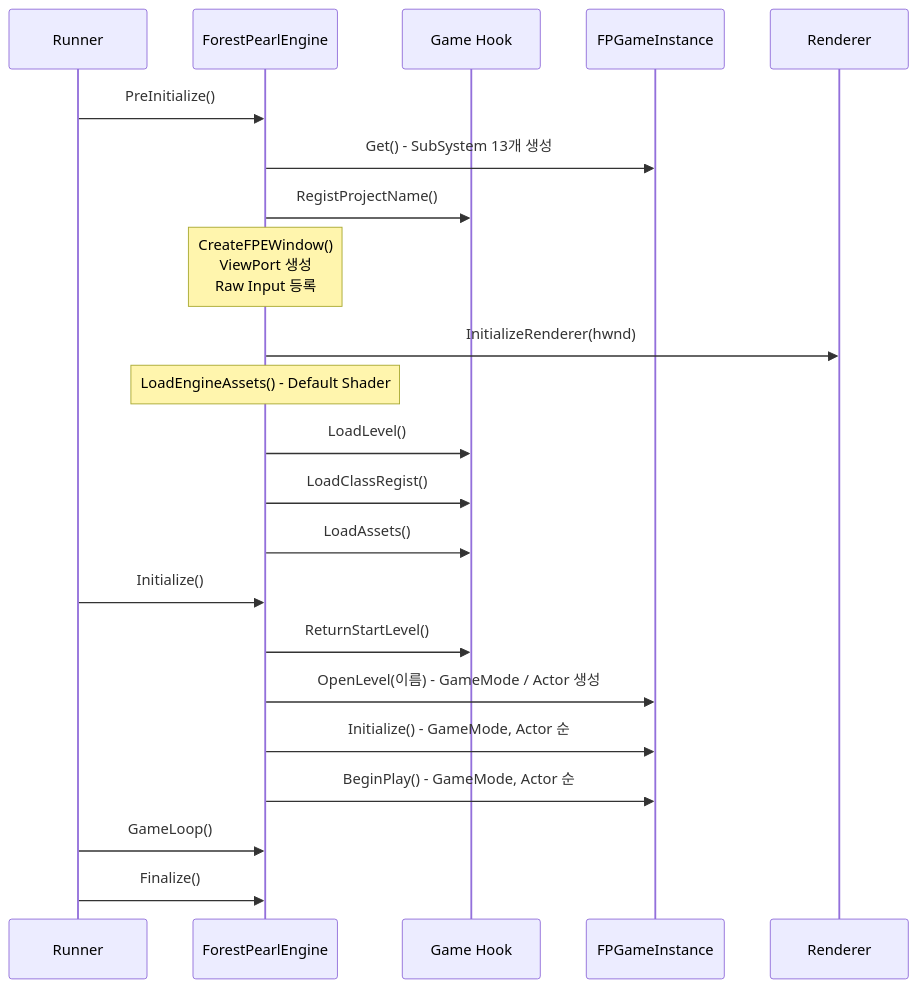
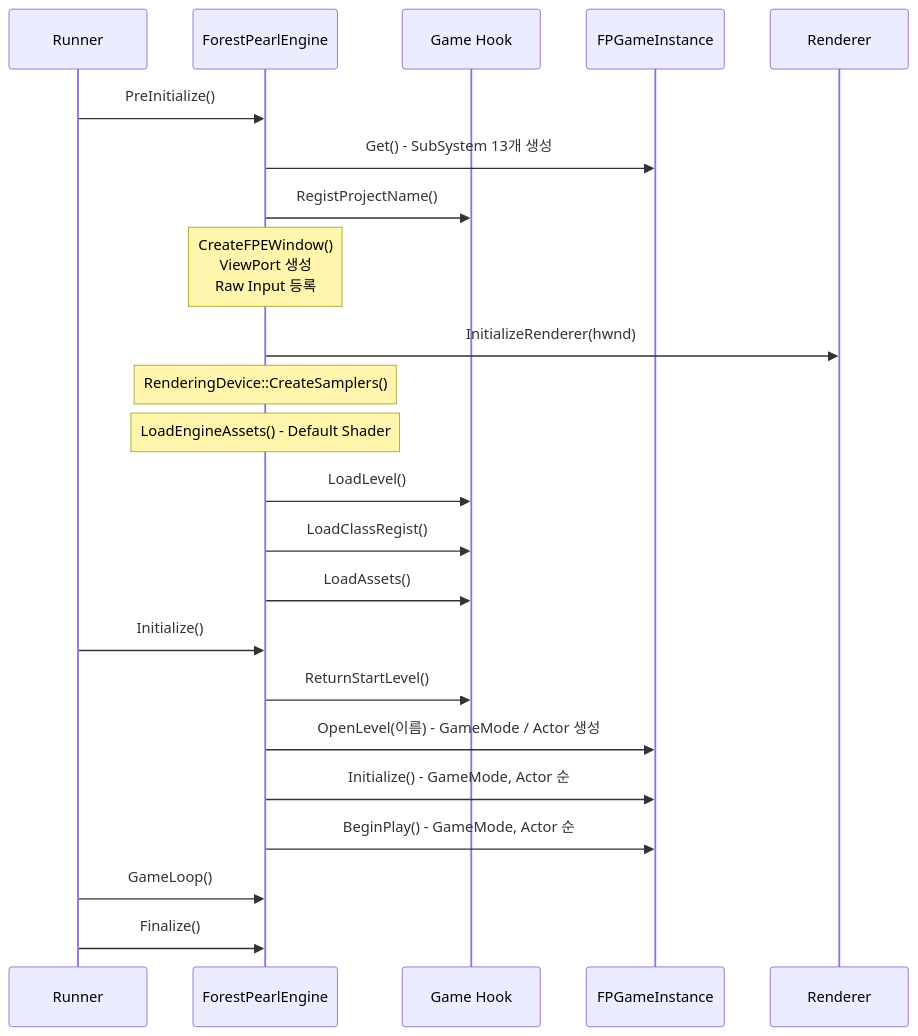
The third of 13 diagrams in README.md (Gat-Young/ForestPearlEngine), drawn with Mermaid before and after one commit. The commit also changed other lines of this file and 1 other file, not shown here.

````diff
--- a/README.md
+++ b/README.md
@@ -369,27 +381,28 @@
 ```mermaid
 sequenceDiagram
     participant Run as Runner
     participant Eng as ForestPearlEngine
     participant Game as Game Hook
     participant GI as FPGameInstance
     participant Ren as Renderer
 
     Run->>Eng: PreInitialize()
     Eng->>GI: Get() - SubSystem 13개 생성
     Eng->>Game: RegistProjectName()
     Note over Eng: CreateFPEWindow()<br/>ViewPort 생성<br/>Raw Input 등록
     Eng->>Ren: InitializeRenderer(hwnd)
+    Note over Eng: RenderingDevice::CreateSamplers()
     Note over Eng: LoadEngineAssets() - Default Shader
     Eng->>Game: LoadLevel()
     Eng->>Game: LoadClassRegist()
     Eng->>Game: LoadAssets()
 
     Run->>Eng: Initialize()
     Eng->>Game: ReturnStartLevel()
     Eng->>GI: OpenLevel(이름) - GameMode / Actor 생성
     Eng->>GI: Initialize() - GameMode, Actor 순
     Eng->>GI: BeginPlay() - GameMode, Actor 순
 
     Run->>Eng: GameLoop()
     Run->>Eng: Finalize()
 ```
````
